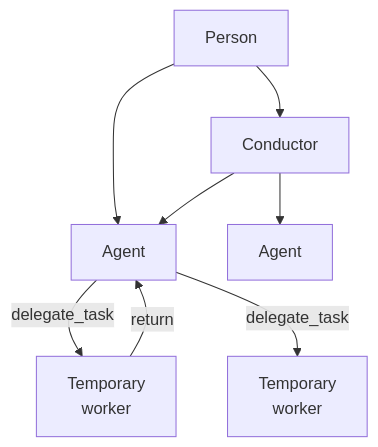
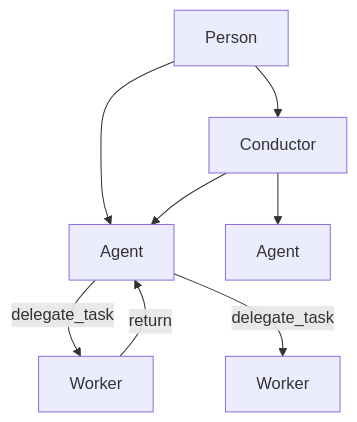
The diagram in docs/how-it-works/agents-and-threads.md (cebertowicz/corsia), drawn with Mermaid before and after one commit. The commit also changed other lines of this file and 4 other files, not shown here.

````diff
--- a/docs/how-it-works/agents-and-threads.md
+++ b/docs/how-it-works/agents-and-threads.md
@@ -13,10 +13,10 @@
 ```mermaid
 flowchart TB
     P[Person] --> C[Conductor]
     P --> A1[Agent]
     C --> A1
     C --> A2[Agent]
-    A1 -->|delegate_task| W1[Temporary<br/>worker]
-    A1 -->|delegate_task| W2[Temporary<br/>worker]
+    A1 -->|delegate_task| W1[Worker]
+    A1 -->|delegate_task| W2[Worker]
     W1 -->|return| A1
 ```
````
